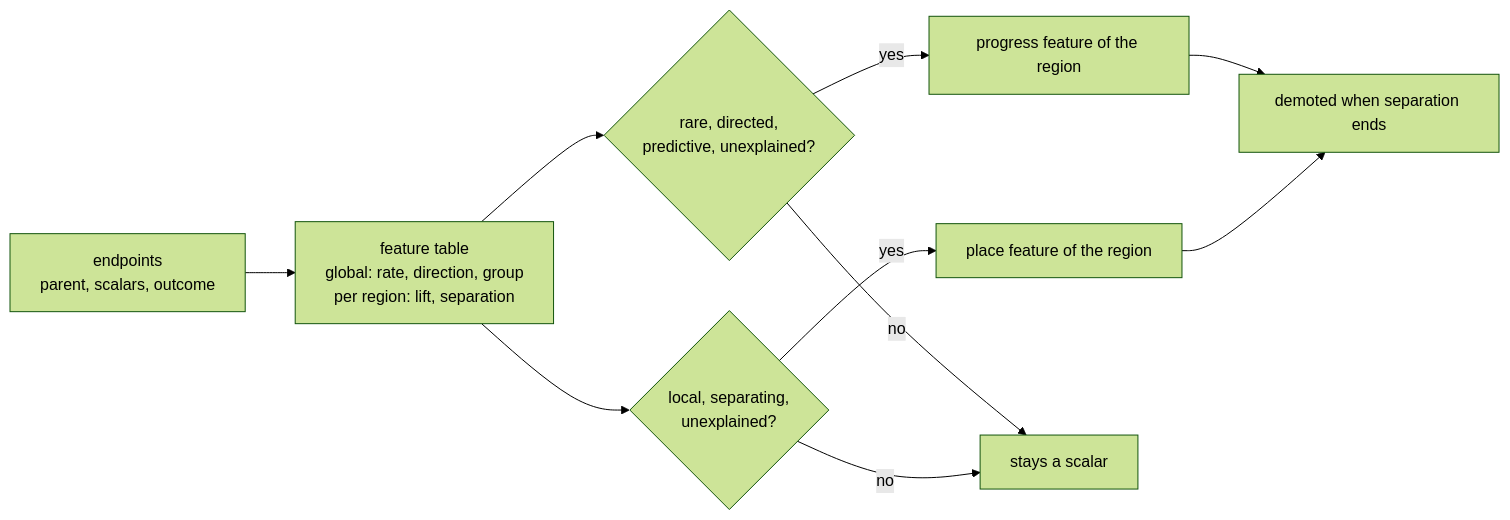
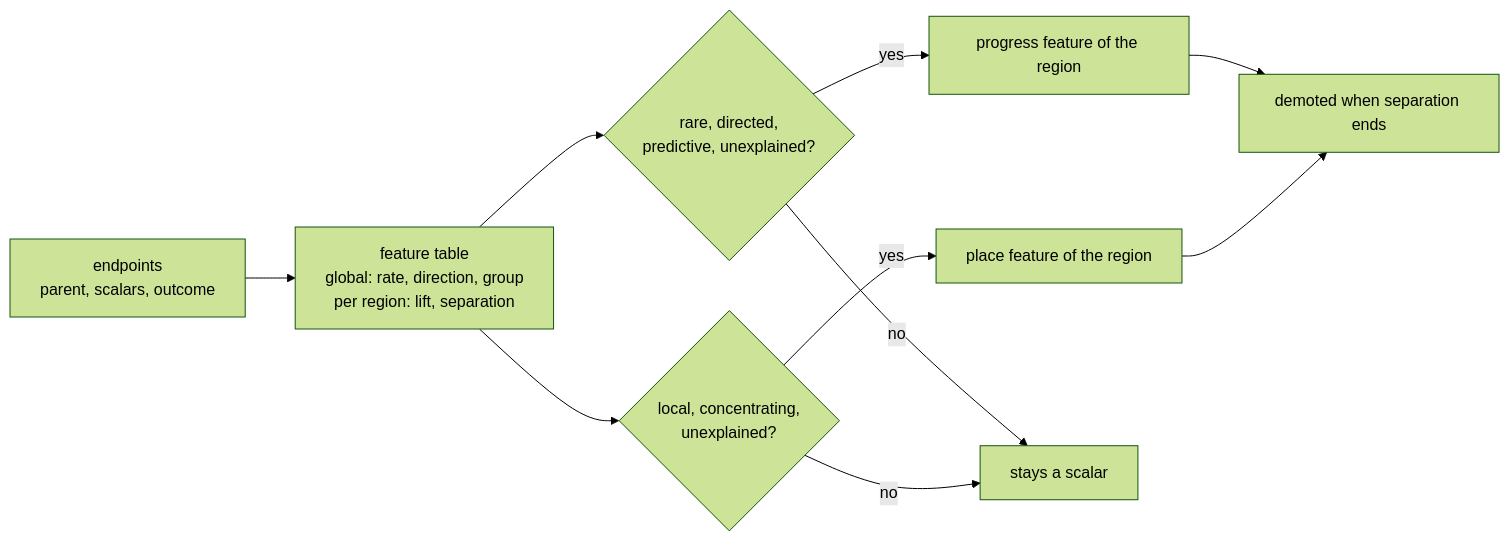
Before and after one commit to pH14/harmony: the second of 4 diagrams in DISSONANCE-V3-DESIGN.md, drawn with Mermaid (forest theme). The commit also changed other lines of this file and 1 other file, not shown here.

````diff
--- a/DISSONANCE-V3-DESIGN.md
+++ b/DISSONANCE-V3-DESIGN.md
@@ -83,12 +85,12 @@
 ```mermaid
 flowchart LR
     R[endpoints<br/>parent, scalars, outcome] --> C[feature table<br/>global: rate, direction, group<br/>per region: lift, separation]
     C --> K{rare, directed,<br/>predictive, unexplained?}
-    C --> L{local, separating,<br/>unexplained?}
+    C --> L{local, concentrating,<br/>unexplained?}
     K -- yes --> A[progress feature of the region]
     L -- yes --> B[place feature of the region]
     K -- no --> D[stays a scalar]
     L -- no --> D
     A --> M[demoted when separation ends]
     B --> M
 ```
````
